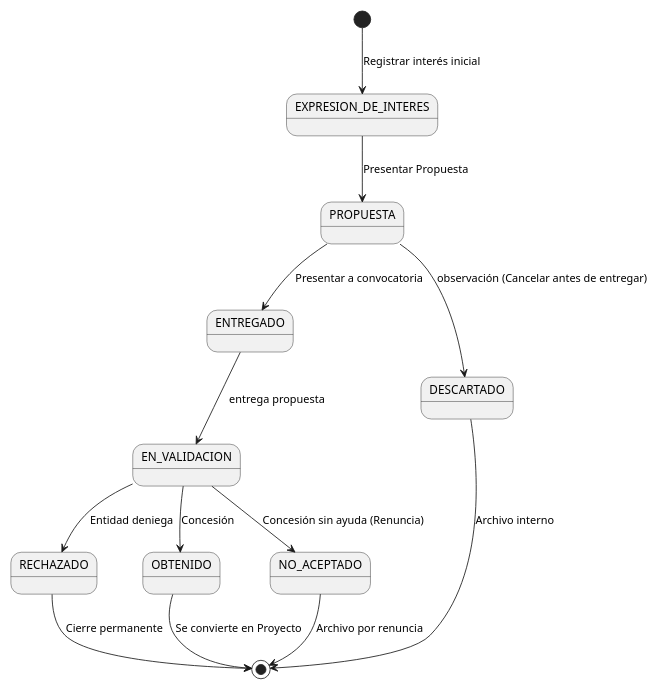
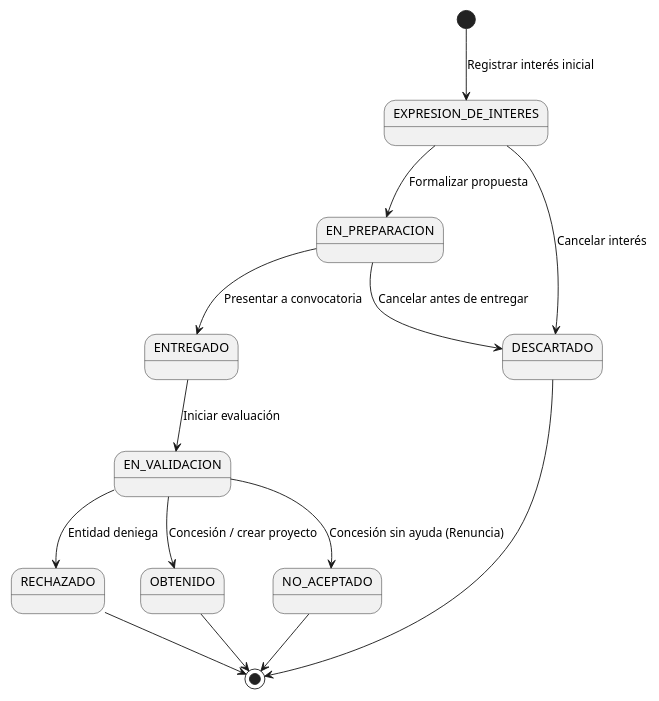
Before and after one commit to Angelo2272/26-27-IdSw1-SDR: the diagram in modelosUML/00-modelo-del-dominio/diagrama-de-estados-propuesta.puml, drawn with PlantUML. The commit also changed 5 other files, not shown here.

Commit message:
feat: modificar diagramas de estados y de clases para aumentar coherencia entre artefactos

```diff
--- a/modelosUML/00-modelo-del-dominio/diagrama-de-estados-propuesta.puml
+++ b/modelosUML/00-modelo-del-dominio/diagrama-de-estados-propuesta.puml
@@ -1,30 +1,31 @@
 @startuml
 scale 600 width
 
 [*] --> EXPRESION_DE_INTERES : Registrar interés inicial
 
 state EXPRESION_DE_INTERES
-state PROPUESTA
+state EN_PREPARACION
 state ENTREGADO
 state EN_VALIDACION
 state DESCARTADO
 state RECHAZADO
 state OBTENIDO
 state NO_ACEPTADO
 
-EXPRESION_DE_INTERES --> PROPUESTA : Presentar Propuesta
-PROPUESTA --> ENTREGADO : Presentar a convocatoria
-ENTREGADO --> EN_VALIDACION : entrega propuesta
+EXPRESION_DE_INTERES --> EN_PREPARACION : Formalizar propuesta
+EXPRESION_DE_INTERES --> DESCARTADO : Cancelar interés
+EN_PREPARACION --> ENTREGADO : Presentar a convocatoria
+ENTREGADO --> EN_VALIDACION : Iniciar evaluación
 
-EN_VALIDACION --> OBTENIDO : Concesión
+EN_VALIDACION --> OBTENIDO : Concesión / crear proyecto
 EN_VALIDACION --> RECHAZADO : Entidad deniega
 
-PROPUESTA --> DESCARTADO : observación (Cancelar antes de entregar)
+EN_PREPARACION --> DESCARTADO : Cancelar antes de entregar
 EN_VALIDACION --> NO_ACEPTADO : Concesión sin ayuda (Renuncia)
 
-OBTENIDO --> [*] : Se convierte en Proyecto
-RECHAZADO --> [*] : Cierre permanente
-DESCARTADO --> [*] : Archivo interno
-NO_ACEPTADO --> [*] : Archivo por renuncia
+OBTENIDO --> [*]
+RECHAZADO --> [*]
+DESCARTADO --> [*]
+NO_ACEPTADO --> [*]
 
 @enduml
```
